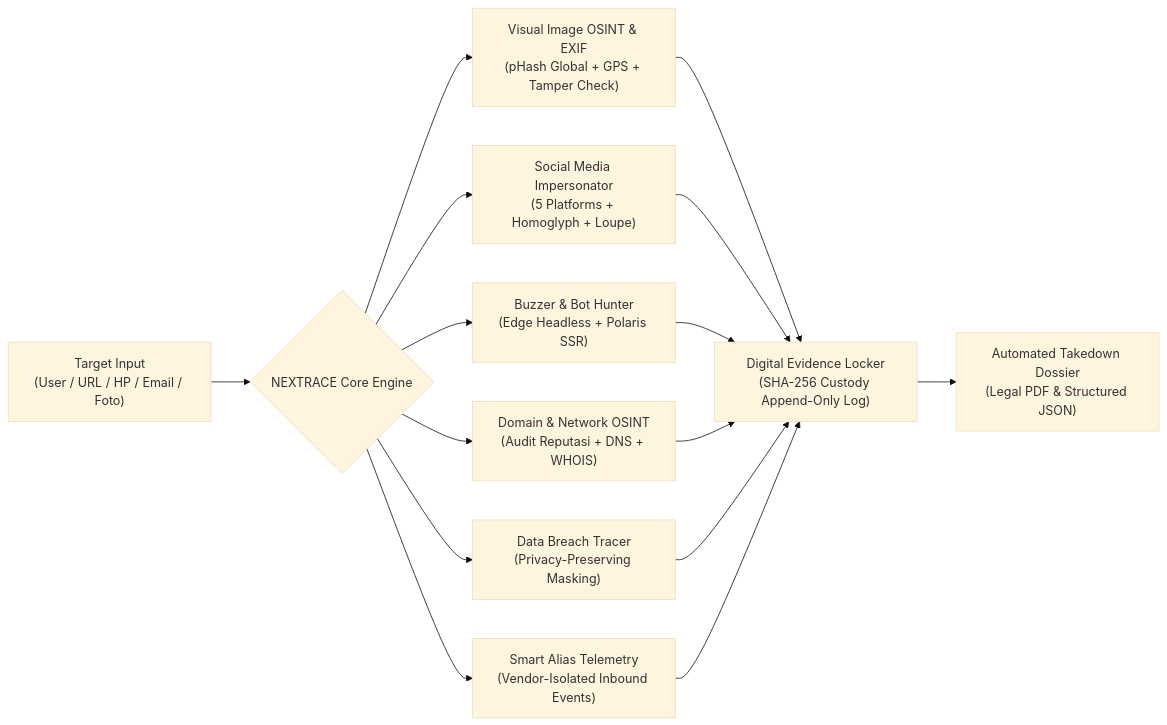
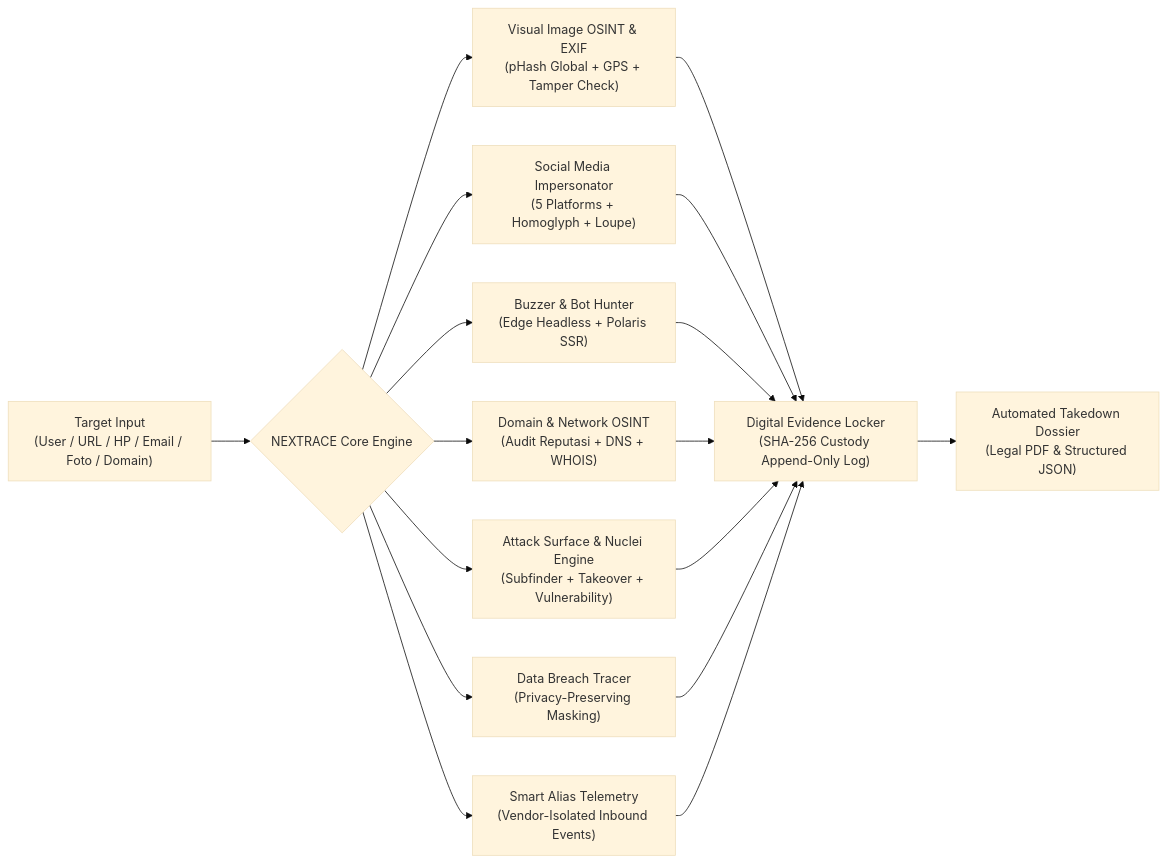
One commit to mhmd-ridwan/nextrace changed the diagram in README.md. Above: the diagram before and after it, drawn with Mermaid (base theme). The commit also changed other lines of this file and 3 other files, not shown here.

````diff
--- a/README.md
+++ b/README.md
@@ -64,12 +78,13 @@
 ```mermaid
 flowchart LR
-    A["Target Input\n(User / URL / HP / Email / Foto)"] --> B{"NEXTRACE Core Engine"}
+    A["Target Input\n(User / URL / HP / Email / Foto / Domain)"] --> B{"NEXTRACE Core Engine"}
     B --> C["Visual Image OSINT & EXIF\n(pHash Global + GPS + Tamper Check)"]
     B --> D["Social Media Impersonator\n(5 Platforms + Homoglyph + Loupe)"]
     B --> E["Buzzer & Bot Hunter\n(Edge Headless + Polaris SSR)"]
     B --> F["Domain & Network OSINT\n(Audit Reputasi + DNS + WHOIS)"]
-    B --> G["Data Breach Tracer\n(Privacy-Preserving Masking)"]
-    B --> H["Smart Alias Telemetry\n(Vendor-Isolated Inbound Events)"]
-    C & D & E & F & G & H --> I["Digital Evidence Locker\n(SHA-256 Custody Append-Only Log)"]
-    I --> J["Automated Takedown Dossier\n(Legal PDF & Structured JSON)"]
+    B --> G["Attack Surface & Nuclei Engine\n(Subfinder + Takeover + Vulnerability)"]
+    B --> H["Data Breach Tracer\n(Privacy-Preserving Masking)"]
+    B --> I["Smart Alias Telemetry\n(Vendor-Isolated Inbound Events)"]
+    C & D & E & F & G & H & I --> J["Digital Evidence Locker\n(SHA-256 Custody Append-Only Log)"]
+    J --> K["Automated Takedown Dossier\n(Legal PDF & Structured JSON)"]
 ```
````
